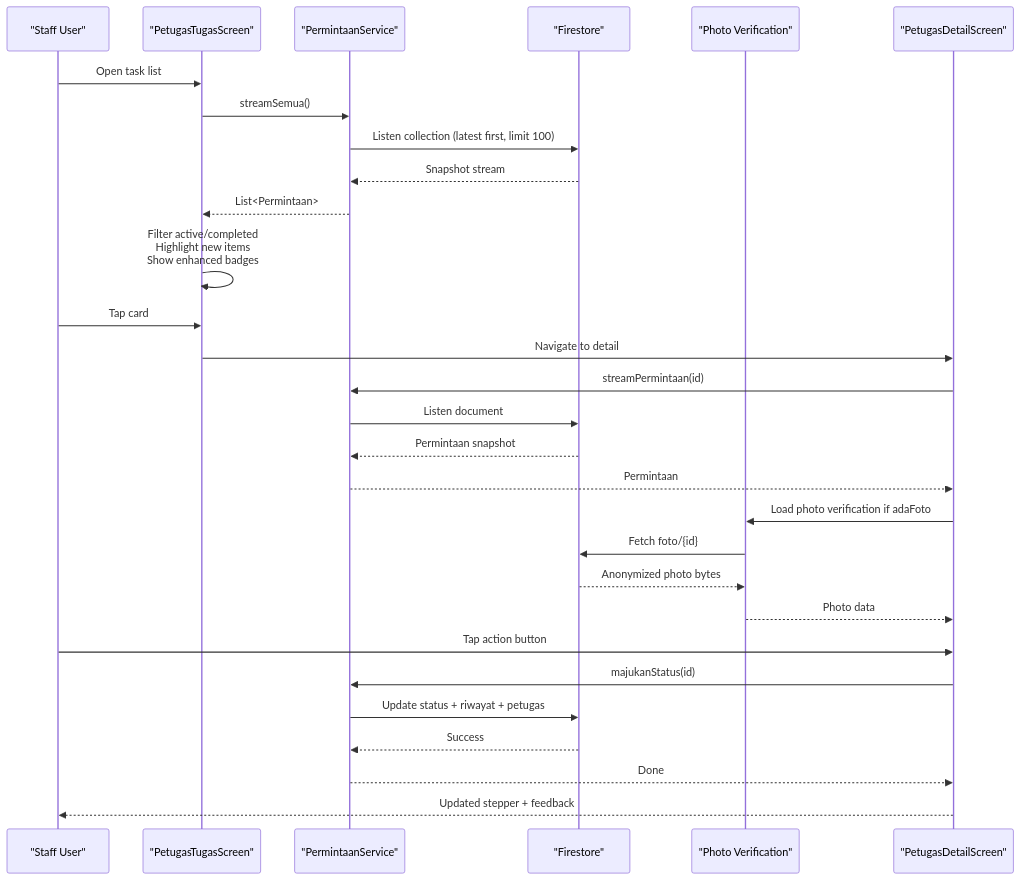
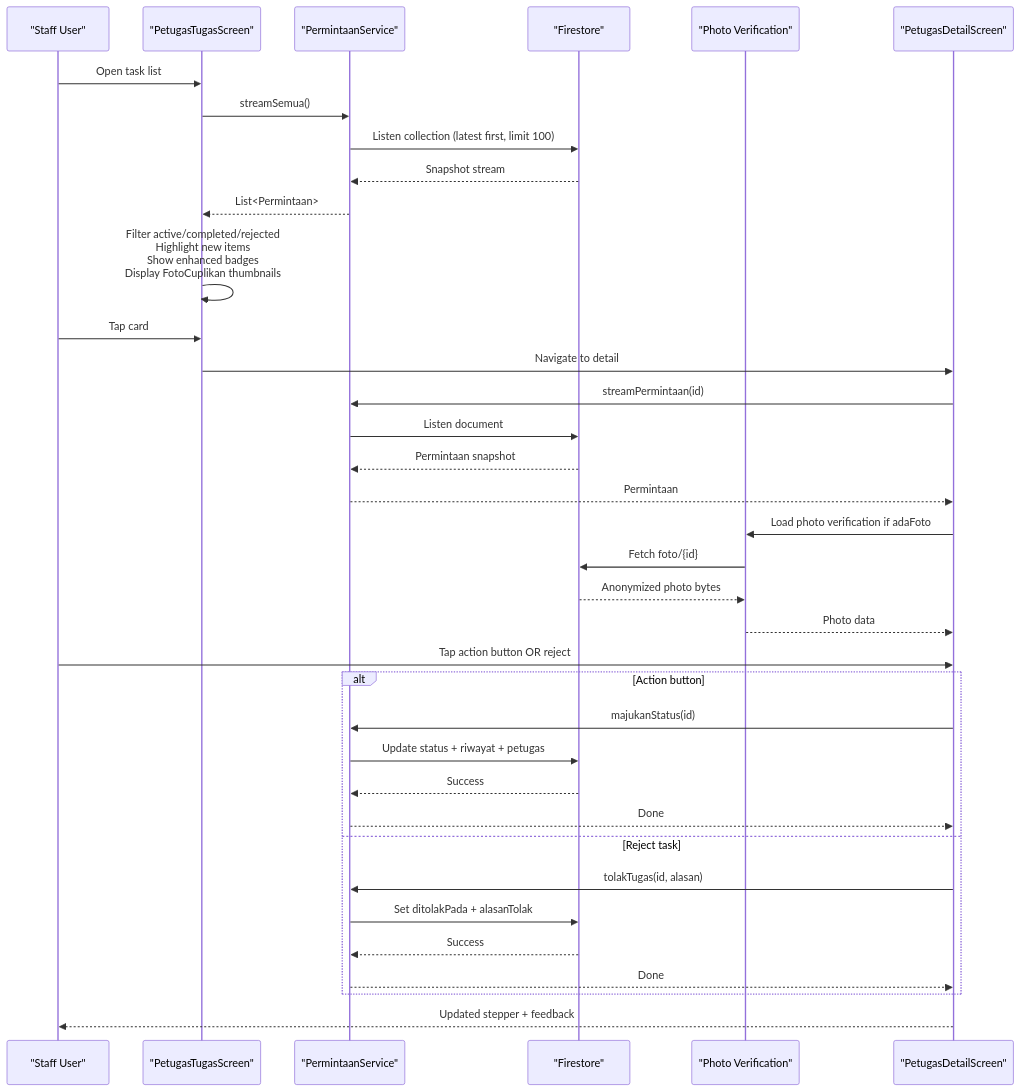
The second of 11 diagrams in .qoder/repowiki/en/content/Mobile Application/Staff Workflow/Staff Workflow.md (rdsarjito/whoosh-ramah), drawn with Mermaid before and after one commit. The commit also changed other lines of this file and 18 other files, not shown here.

````diff
--- a/.qoder/repowiki/en/content/Mobile Application/Staff Workflow/Staff Workflow.md
+++ b/.qoder/repowiki/en/content/Mobile Application/Staff Workflow/Staff Workflow.md
@@ -144,31 +156,38 @@
 ```mermaid
 sequenceDiagram
 participant User as "Staff User"
 participant ListUI as "PetugasTugasScreen"
 participant Service as "PermintaanService"
 participant DB as "Firestore"
 participant PhotoSys as "Photo Verification"
 participant DetailUI as "PetugasDetailScreen"
 User->>ListUI : Open task list
 ListUI->>Service : streamSemua()
 Service->>DB : Listen collection (latest first, limit 100)
 DB-->>Service : Snapshot stream
 Service-->>ListUI : List<Permintaan>
-ListUI->>ListUI : Filter active/completed<br/>Highlight new items<br/>Show enhanced badges
+ListUI->>ListUI : Filter active/completed/rejected<br/>Highlight new items<br/>Show enhanced badges<br/>Display FotoCuplikan thumbnails
 User->>ListUI : Tap card
 ListUI->>DetailUI : Navigate to detail
 DetailUI->>Service : streamPermintaan(id)
 Service->>DB : Listen document
 DB-->>Service : Permintaan snapshot
 Service-->>DetailUI : Permintaan
 DetailUI->>PhotoSys : Load photo verification if adaFoto
 PhotoSys->>DB : Fetch foto/{id}
 DB-->>PhotoSys : Anonymized photo bytes
 PhotoSys-->>DetailUI : Photo data
-User->>DetailUI : Tap action button
+User->>DetailUI : Tap action button OR reject
+alt Action button
 DetailUI->>Service : majukanStatus(id)
 Service->>DB : Update status + riwayat + petugas
 DB-->>Service : Success
 Service-->>DetailUI : Done
+else Reject task
+DetailUI->>Service : tolakTugas(id, alasan)
+Service->>DB : Set ditolakPada + alasanTolak
+DB-->>Service : Success
+Service-->>DetailUI : Done
+end
 DetailUI-->>User : Updated stepper + feedback
 ```
````
